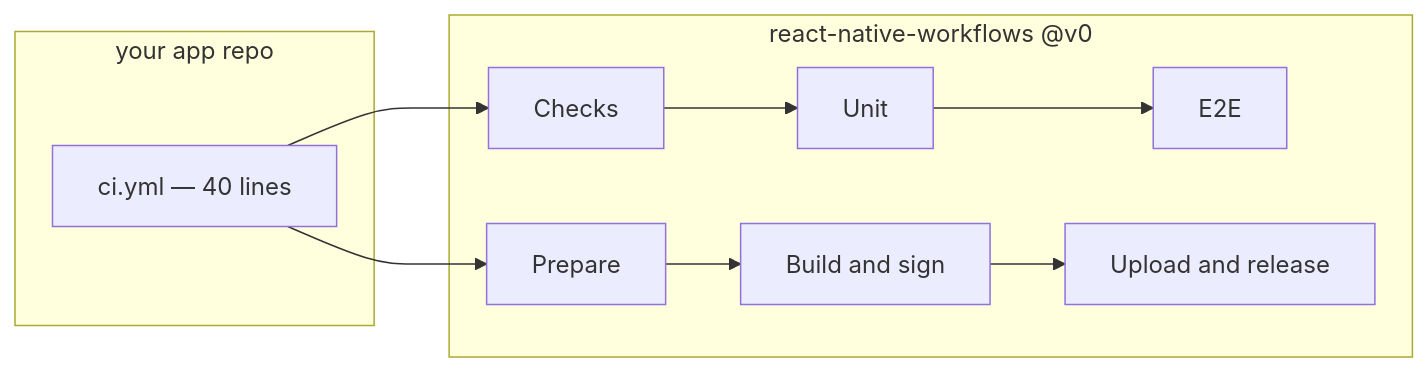
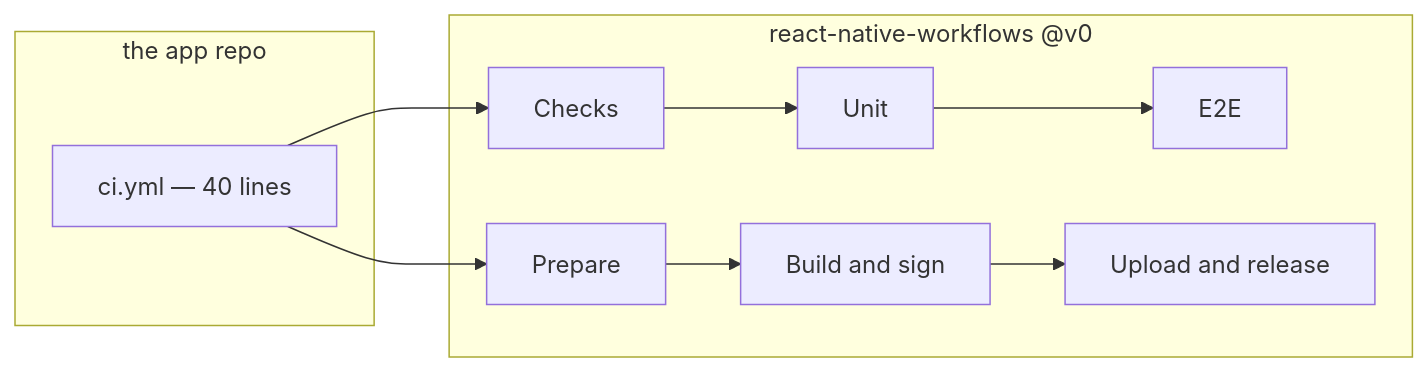
The diagram in README.md (blinkbitcoin/react-native-workflows), drawn with Mermaid before and after one commit. The commit also changed other lines of this file, not shown here.

````diff
--- a/README.md
+++ b/README.md
@@ -28,12 +28,12 @@
 ```mermaid
 flowchart LR
-  subgraph consumer [your app repo]
+  subgraph consumer [the app repo]
     caller["ci.yml — 40 lines"]
   end
   subgraph here [react-native-workflows @v0]
     checks[Checks] --> unit[Unit] --> e2e[E2E]
     prepare[Prepare] --> build[Build and sign] --> ship[Upload and release]
   end
   caller --> checks
   caller --> prepare
 ```
````
